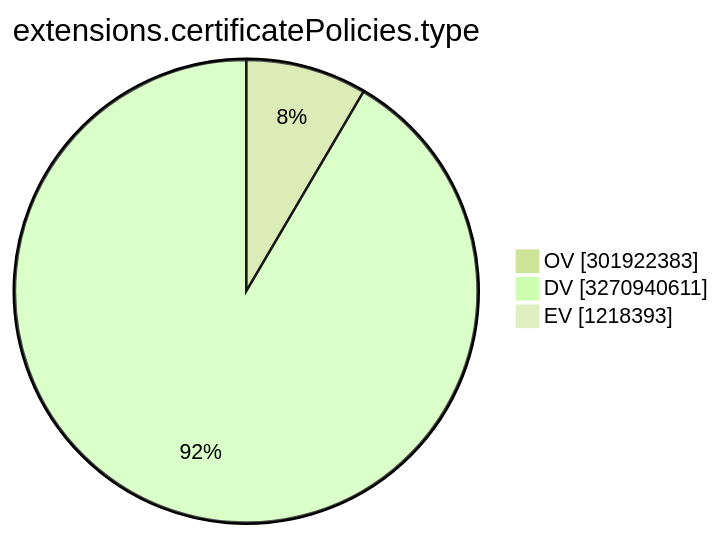
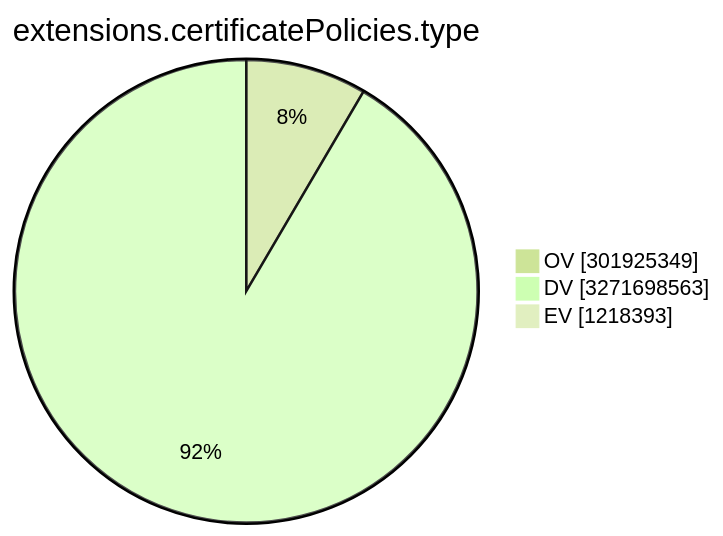
Before and after one commit to christiankrug/ctmonitor_visualization: the ninth of 15 diagrams in TOTAL/README.md, drawn with Mermaid (forest theme). The commit also changed other lines of this file, not shown here.

````diff
--- a/TOTAL/README.md
+++ b/TOTAL/README.md
@@ -3107,7 +3107,7 @@
 ```mermaid
 pie showData
 title extensions.certificatePolicies.type
-"OV" :301922383
-"DV" :3270940611
+"OV" :301925349
+"DV" :3271698563
 "EV" :1218393
 ```
````
